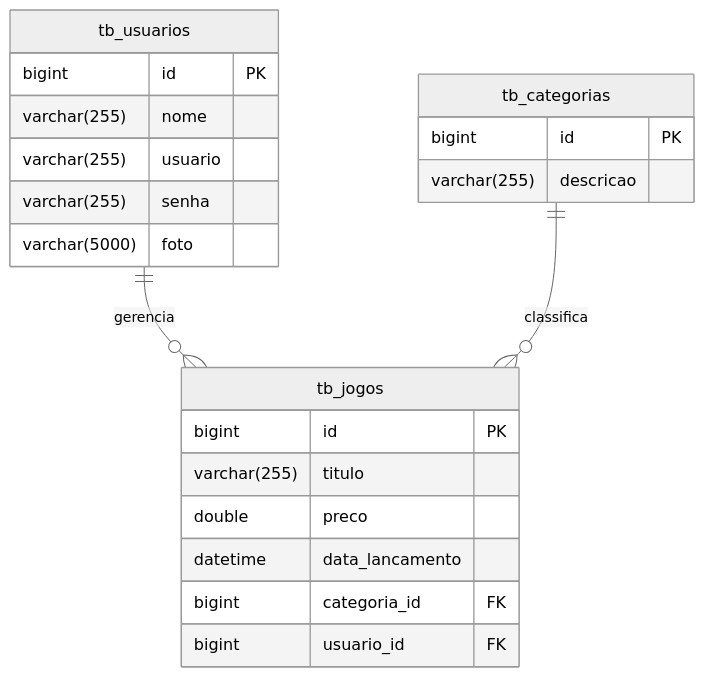
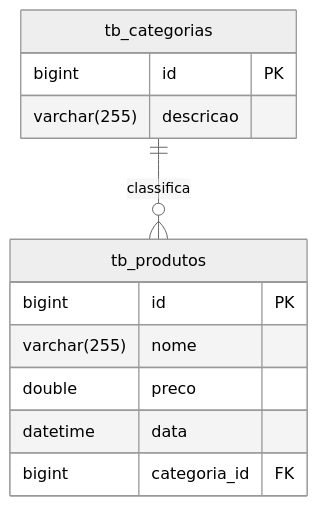
Before and after one commit to JuniorReis-dev/Loja_de_Games: the second of 2 diagrams in README.md, drawn with Mermaid (neutral theme). The commit also changed other lines of this file, not shown here.

````diff
--- a/README.md
+++ b/README.md
@@ -198,24 +91,15 @@
 ```mermaid
 erDiagram
-    tb_usuarios ||--o{ tb_jogos : gerencia
-    tb_categorias ||--o{ tb_jogos : classifica
-    tb_usuarios {
-        bigint id PK
-        varchar(255) nome
-        varchar(255) usuario
-        varchar(255) senha
-        varchar(5000) foto
-    }
+    tb_categorias ||--o{ tb_produtos : classifica
     tb_categorias {
         bigint id PK
         varchar(255) descricao
     }
-    tb_jogos {
+    tb_produtos {
         bigint id PK
-        varchar(255) titulo
+        varchar(255) nome
         double preco
-        datetime data_lancamento
+        datetime data
         bigint categoria_id FK
-        bigint usuario_id FK
     }
 ```
````
